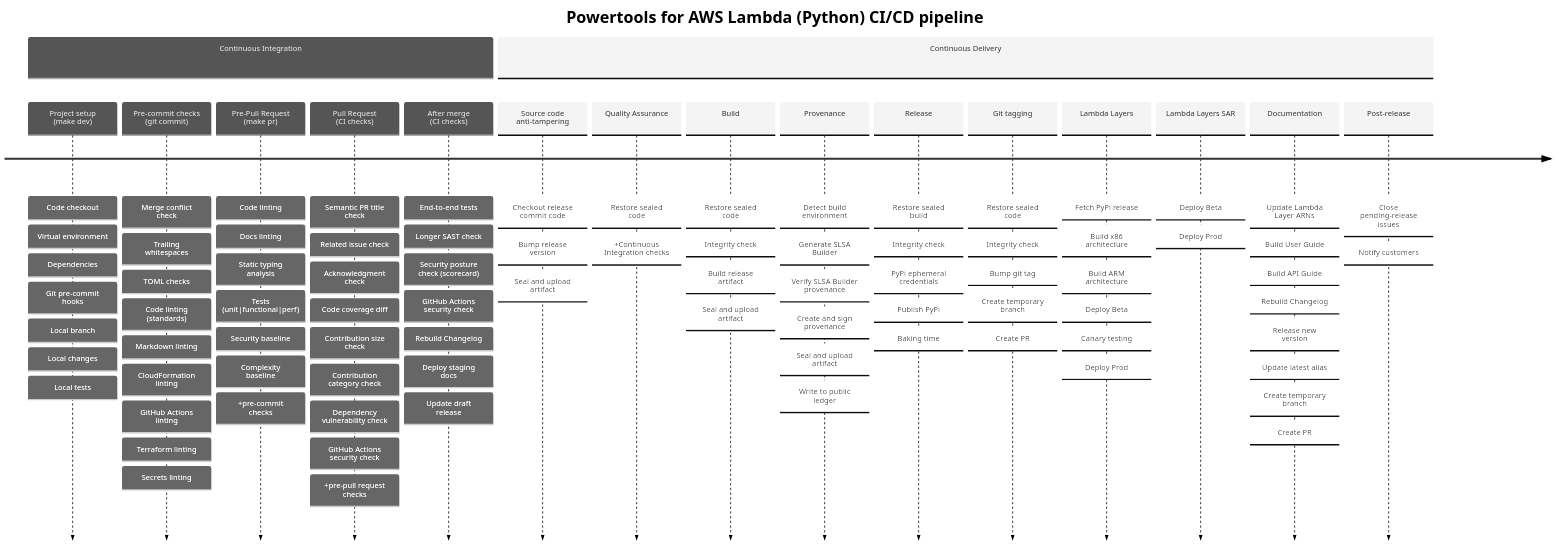
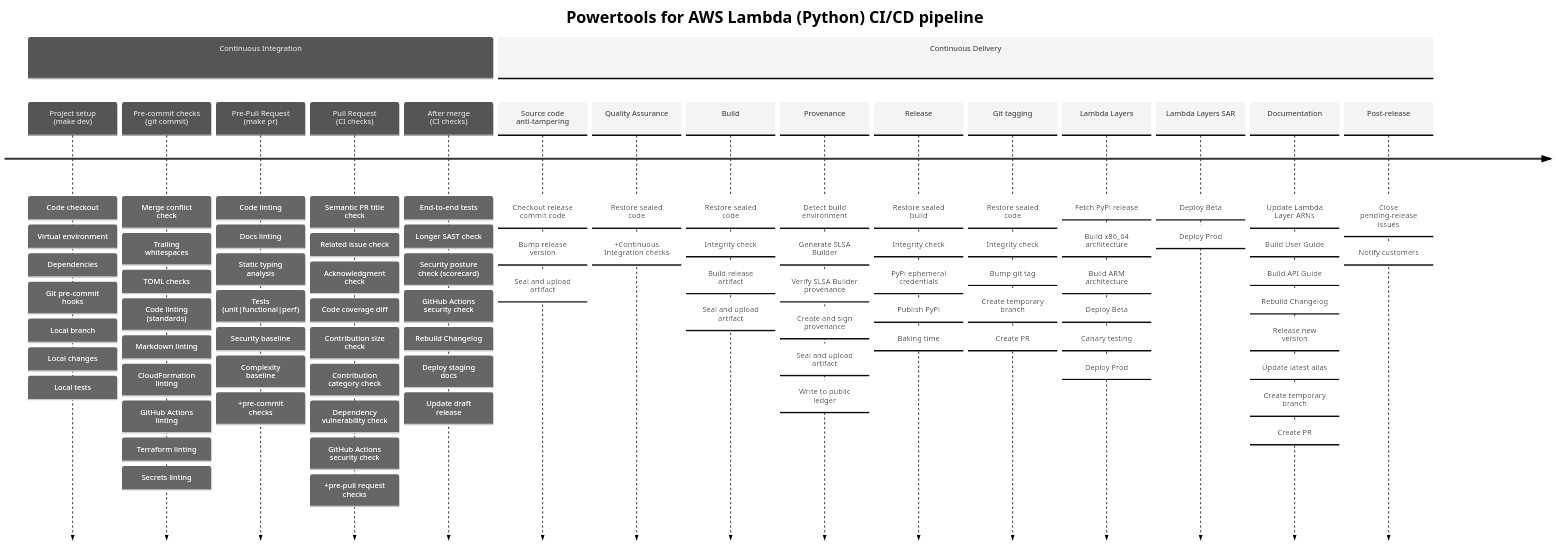
Before and after one commit to aws-powertools/powertools-lambda-python: the diagram in docs/diagram_src/cicd_steps.md, drawn with Mermaid (neutral theme). The commit also changed 23 other files, not shown here.

```diff
--- a/docs/diagram_src/cicd_steps.md
+++ b/docs/diagram_src/cicd_steps.md
@@ -83,7 +83,7 @@
                                 : Create PR
 
     Lambda Layers               : Fetch PyPi release
-                                : Build x86 architecture
+                                : Build x86_64 architecture
                                 : Build ARM architecture
                                 : Deploy Beta
                                 : Canary testing
```
